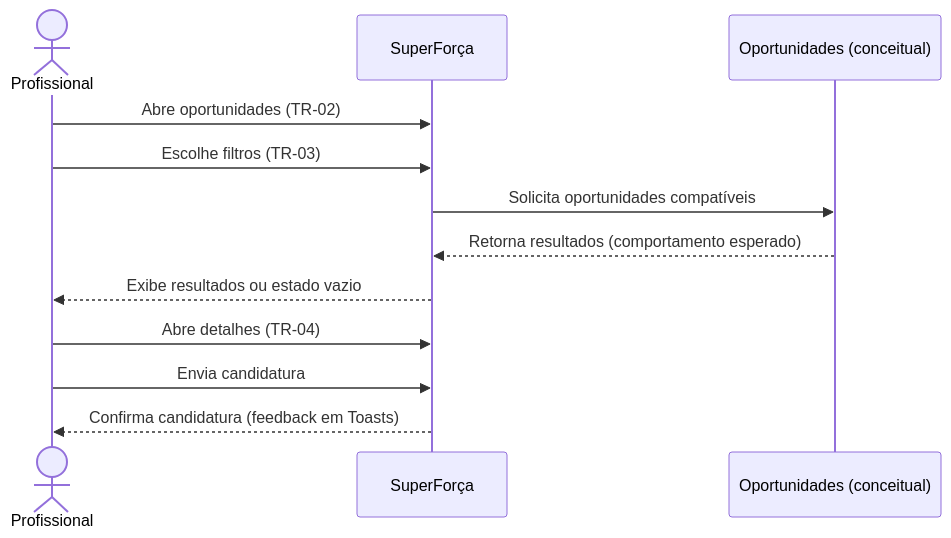
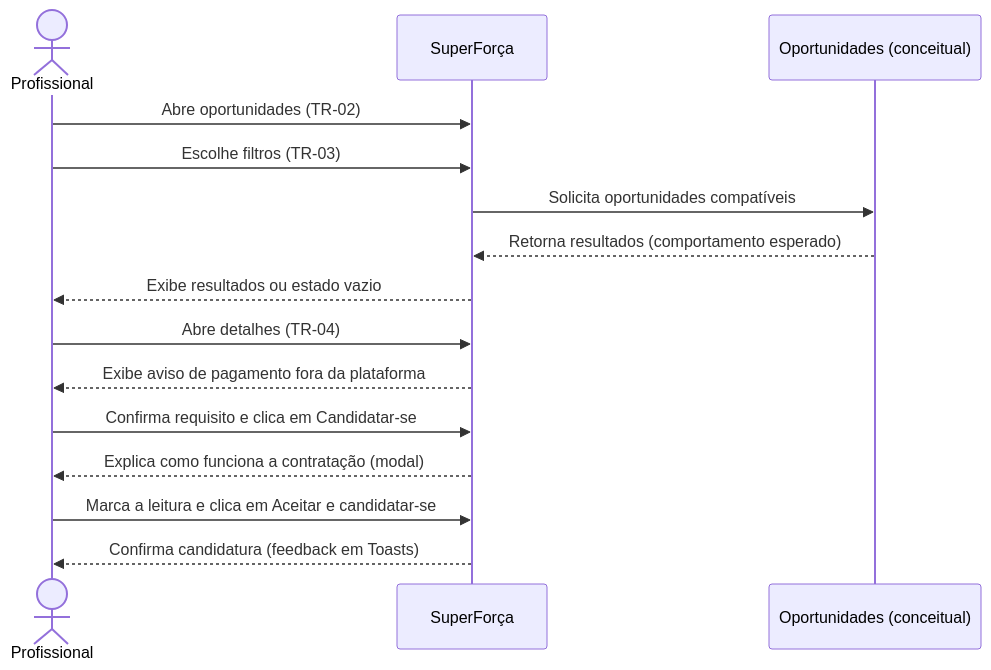
The diagram in ui-design/07-encontrar-vagas/index.md (matheusnascimentods/software-quality-assurance), drawn with Mermaid before and after one commit. The commit also changed other lines of this file and 3 other files, not shown here.

Commit message:
docs(ui): atualiza TR-04 com aviso de pagamento e adiciona modal de contratação

````diff
--- a/ui-design/07-encontrar-vagas/index.md
+++ b/ui-design/07-encontrar-vagas/index.md
@@ -11,14 +11,17 @@
 ```mermaid
 sequenceDiagram
     actor Profissional
     participant UI as SuperForça
     participant Vagas as Oportunidades (conceitual)
     Profissional->>UI: Abre oportunidades (TR-02)
     Profissional->>UI: Escolhe filtros (TR-03)
     UI->>Vagas: Solicita oportunidades compatíveis
     Vagas-->>UI: Retorna resultados (comportamento esperado)
     UI-->>Profissional: Exibe resultados ou estado vazio
     Profissional->>UI: Abre detalhes (TR-04)
-    Profissional->>UI: Envia candidatura
+    UI-->>Profissional: Exibe aviso de pagamento fora da plataforma
+    Profissional->>UI: Confirma requisito e clica em Candidatar-se
+    UI-->>Profissional: Explica como funciona a contratação (modal)
+    Profissional->>UI: Marca a leitura e clica em Aceitar e candidatar-se
     UI-->>Profissional: Confirma candidatura (feedback em Toasts)
 ```
````
